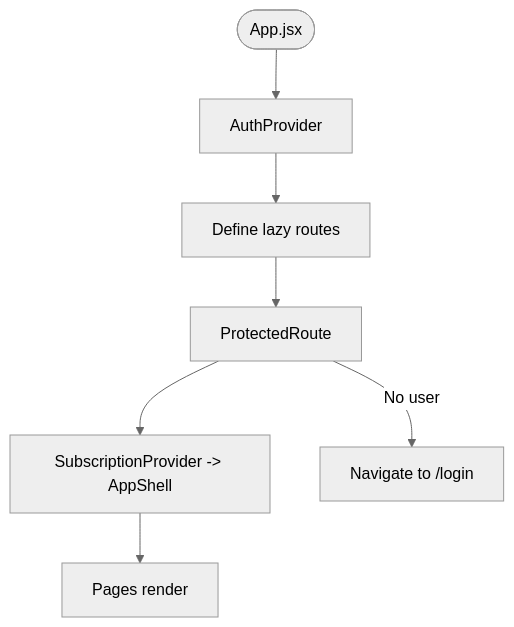
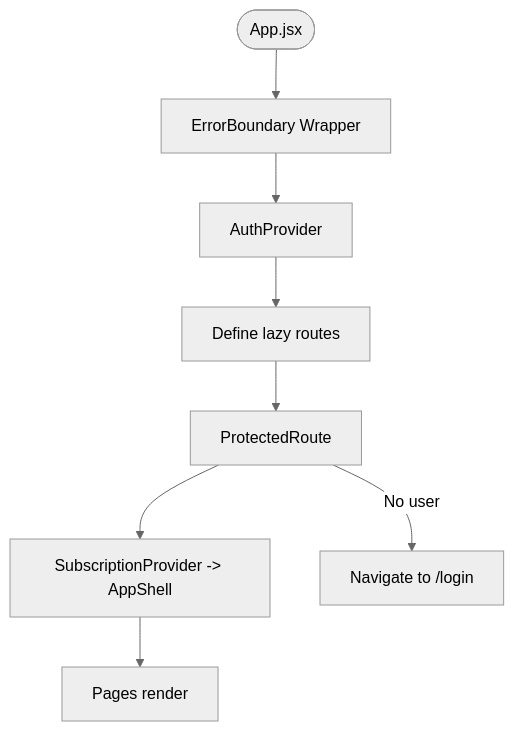
Before and after one commit to Revanththetalogics/aireume: the fourth of 15 diagrams in .qoder/repowiki/en/content/Frontend Architecture/Frontend Architecture.md, drawn with Mermaid (neutral theme). The commit also changed other lines of this file and 33 other files, not shown here.

````diff
--- a/.qoder/repowiki/en/content/Frontend Architecture/Frontend Architecture.md
+++ b/.qoder/repowiki/en/content/Frontend Architecture/Frontend Architecture.md
@@ -201,9 +250,10 @@
 ```mermaid
 flowchart TD
-Start(["App.jsx"]) --> Auth["AuthProvider"]
+Start(["App.jsx"]) --> ErrorWrap["ErrorBoundary Wrapper"]
+ErrorWrap --> Auth["AuthProvider"]
 Auth --> Routes["Define lazy routes"]
 Routes --> Guard["ProtectedRoute"]
 Guard --> Shell["SubscriptionProvider -> AppShell"]
 Shell --> Pages["Pages render"]
 Guard --> |No user| Redirect["Navigate to /login"]
 ```
````
